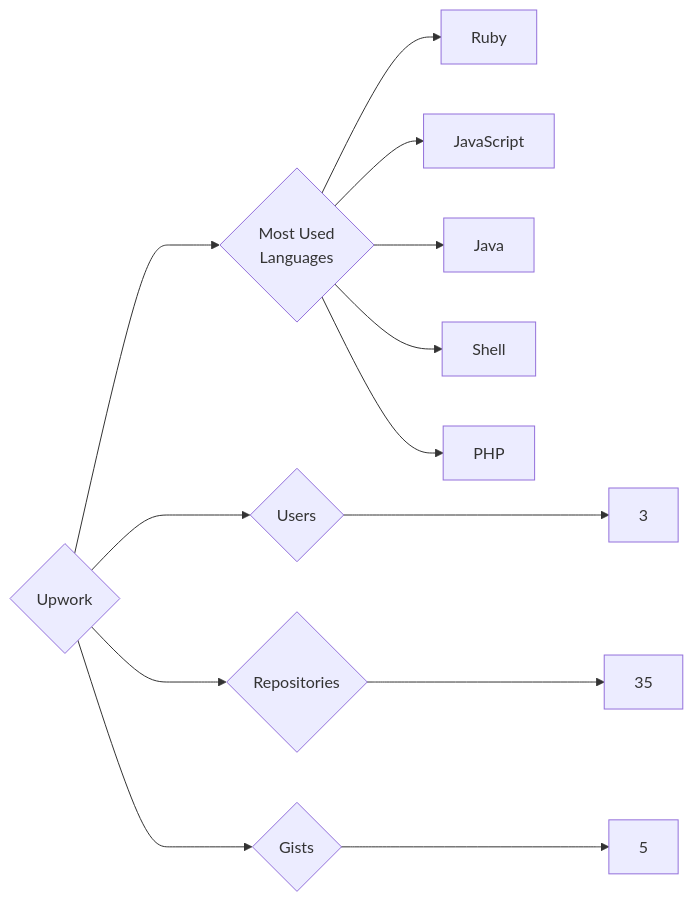
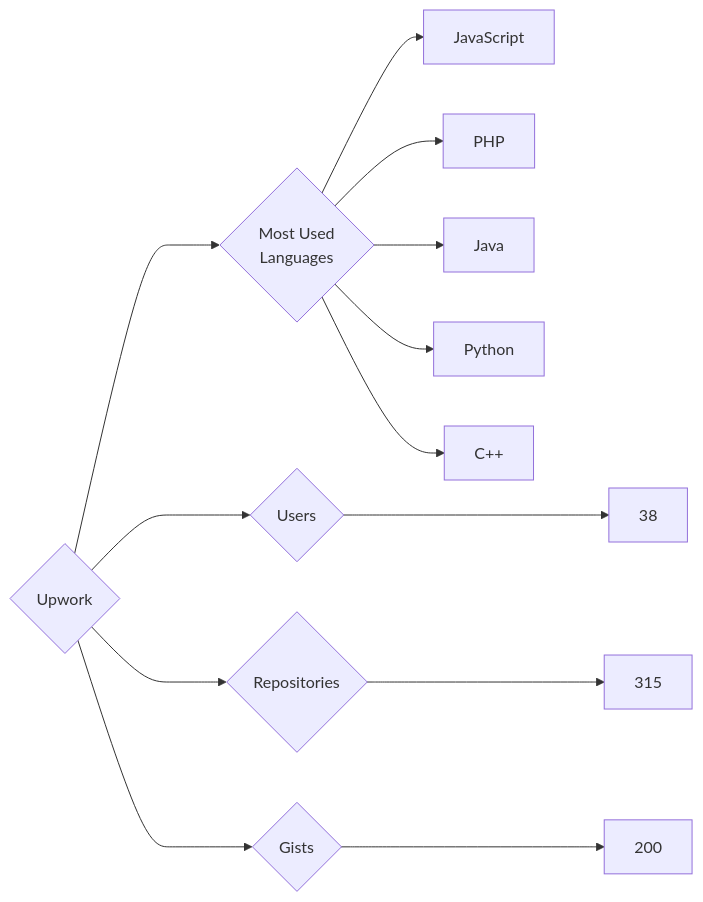
Before and after one commit to trickest/insiders: the diagram in targets/Upwork/README.md, drawn with Mermaid. The commit also changed 955 other files, not shown here.

````diff
--- a/targets/Upwork/README.md
+++ b/targets/Upwork/README.md
@@ -3,13 +3,13 @@
 ```mermaid
 graph LR
 COMPANY_NAME{Upwork}
-COMPANY_NAME ---> U{Users} ---> UN[3]
-COMPANY_NAME ---> R{Repositories} ---> RN[35]
-COMPANY_NAME ---> G{Gists} ---> GN[5]
+COMPANY_NAME ---> U{Users} ---> UN[38]
+COMPANY_NAME ---> R{Repositories} ---> RN[315]
+COMPANY_NAME ---> G{Gists} ---> GN[200]
 COMPANY_NAME ---> ML{Most Used<br>Languages}
-ML --> Ruby[Ruby]
 ML --> JavaScript[JavaScript]
+ML --> PHP[PHP]
 ML --> Java[Java]
-ML --> Shell[Shell]
-ML --> PHP[PHP]
+ML --> Python[Python]
+ML --> C++[C++]
 ```
````
